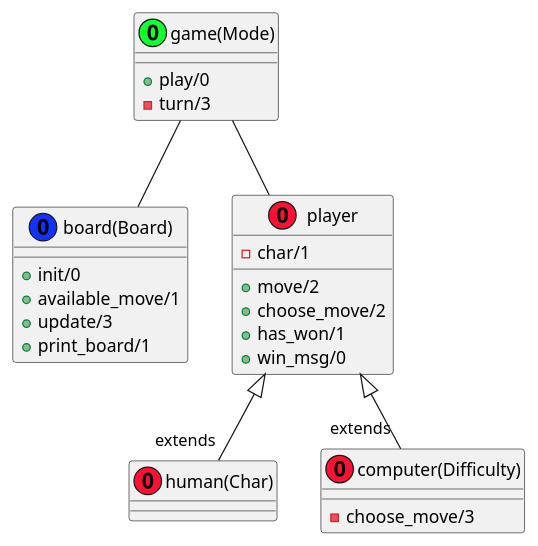
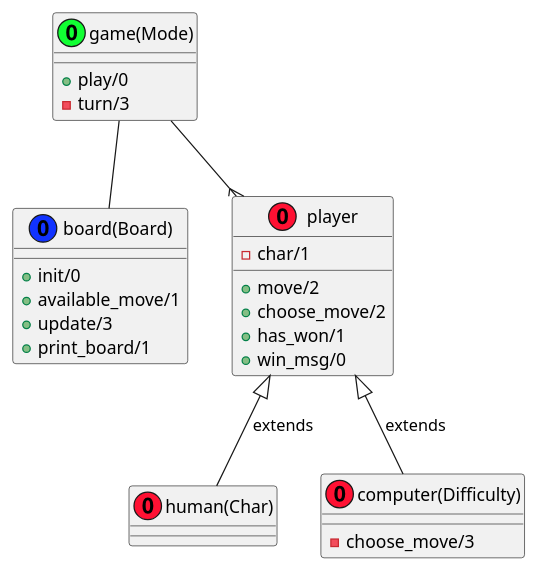
Before and after one commit to PaulBrownMagic/TicTacToeTalk: the diagram in design/ord.pu, drawn with PlantUML. The commit also changed 1 other file, not shown here.

```diff
--- a/design/ord.pu
+++ b/design/ord.pu
@@ -1,36 +1,35 @@
 @startuml
 class game(Mode) << (O, #11FF33) >> {
     {method} + play/0
     {method} -turn/3
 }
 
 
 class board(Board) << (O, #1133FF) >> {
     {method} +init/0
     {method} +available_move/1
     {method} +update/3
     {method} +print_board/1
 }
 
 class player << (O, #FF1133) >> {
     {field} -char/1
     {method} +move/2
     {method} +choose_move/2
     {method} +has_won/1
     {method} +win_msg/0
 }
 
 class human(Char) << (O, #FF1133) >>
 
 class computer(Difficulty) << (O, #FF1133) >> {
     {method} -choose_move/3
 }
 
-player <|-- "extends" "human(Char)"
-player <|-- "extends" "computer(Difficulty)"
+player <|-- "human(Char)" : "extends"
+player <|-- "computer(Difficulty)" : "extends"
 
 "game(Mode)" -- "board(Board)"
-"game(Mode)" -- "player"
-
+"game(Mode)" --{ "player"
 
 @enduml
```
